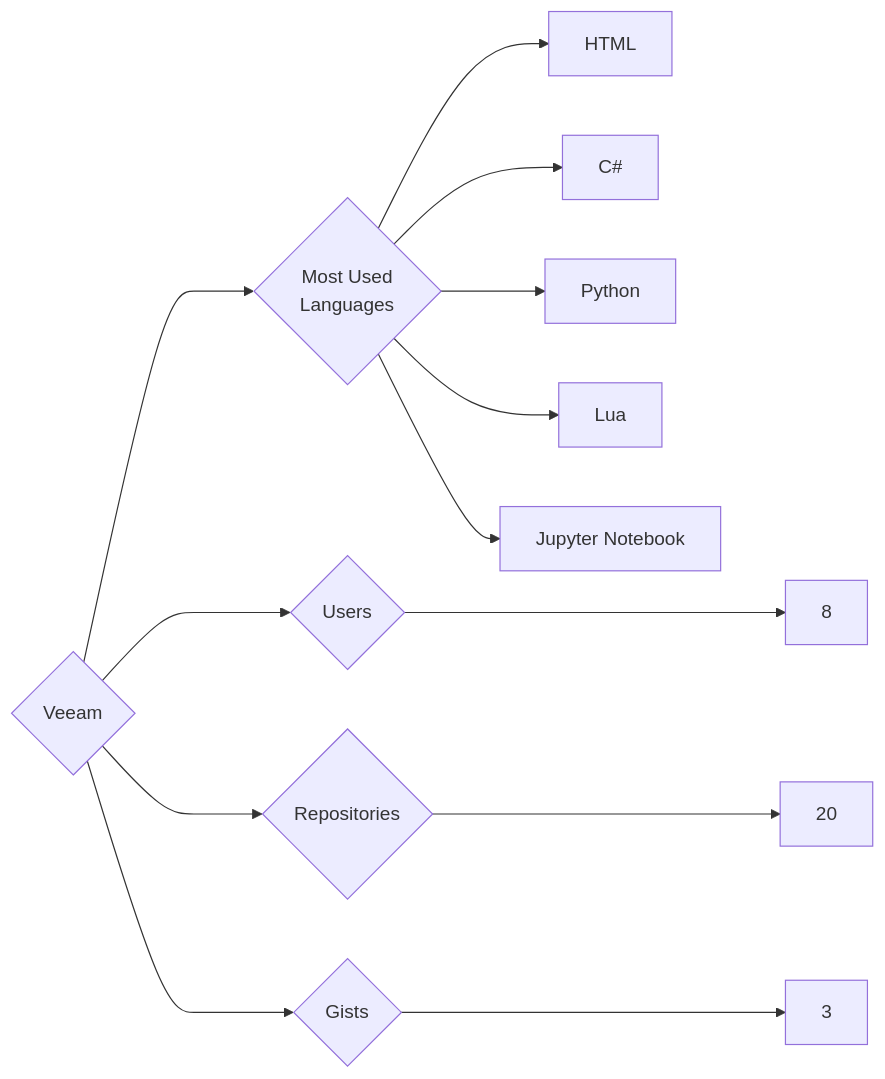
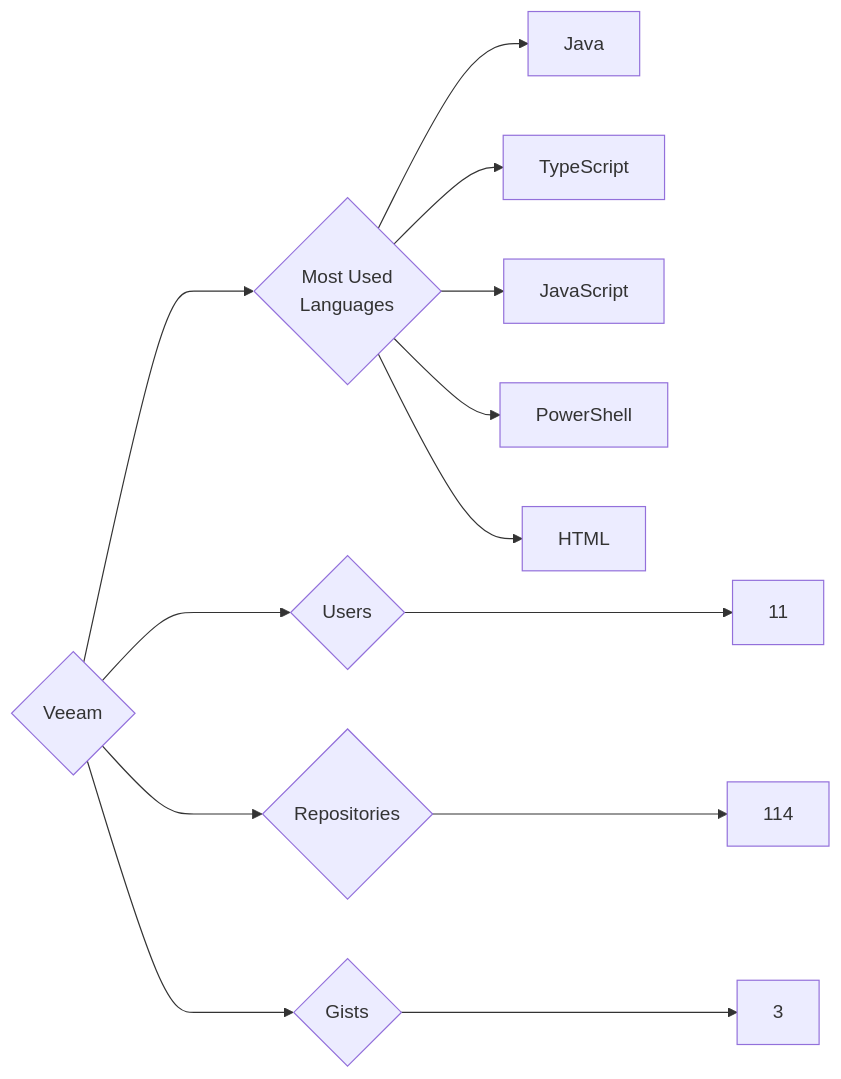
The diagram in targets/Veeam/README.md (trickest/insiders), drawn with Mermaid before and after one commit. The commit also changed 870 other files, not shown here.

````diff
--- a/targets/Veeam/README.md
+++ b/targets/Veeam/README.md
@@ -3,13 +3,13 @@
 ```mermaid
 graph LR
 COMPANY_NAME{Veeam}
-COMPANY_NAME ---> U{Users} ---> UN[8]
-COMPANY_NAME ---> R{Repositories} ---> RN[20]
+COMPANY_NAME ---> U{Users} ---> UN[11]
+COMPANY_NAME ---> R{Repositories} ---> RN[114]
 COMPANY_NAME ---> G{Gists} ---> GN[3]
 COMPANY_NAME ---> ML{Most Used<br>Languages}
+ML --> Java[Java]
+ML --> TypeScript[TypeScript]
+ML --> JavaScript[JavaScript]
+ML --> PowerShell[PowerShell]
 ML --> HTML[HTML]
-ML --> C#[C#]
-ML --> Python[Python]
-ML --> Lua[Lua]
-ML --> Jupyter_Notebook[Jupyter Notebook]
 ```
````
